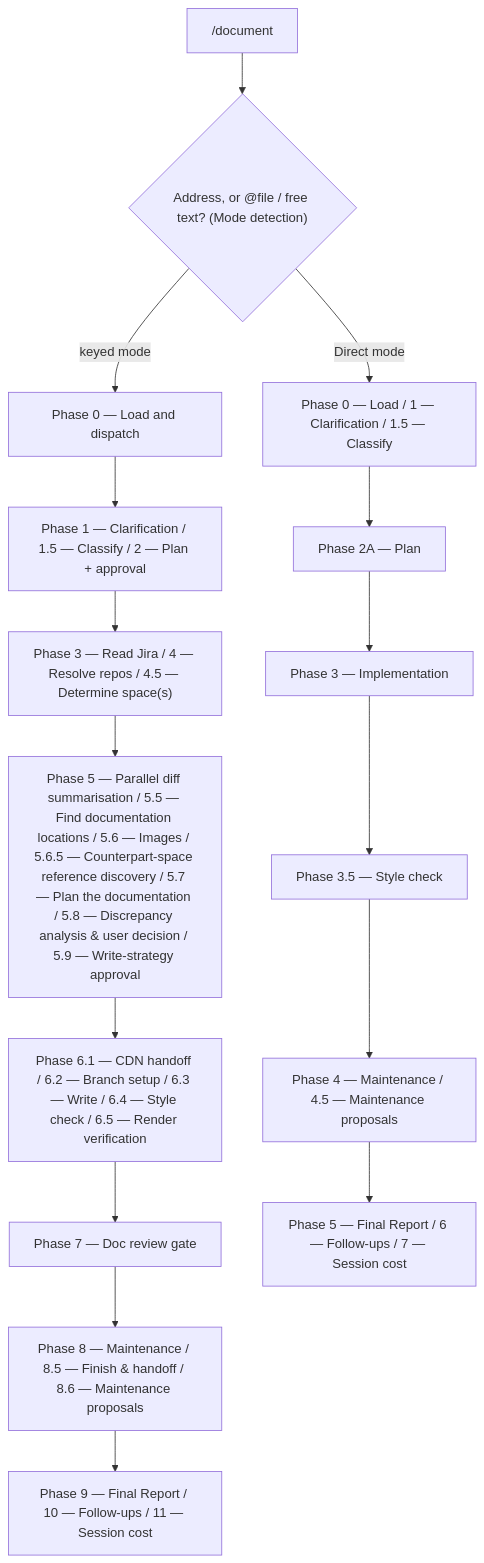
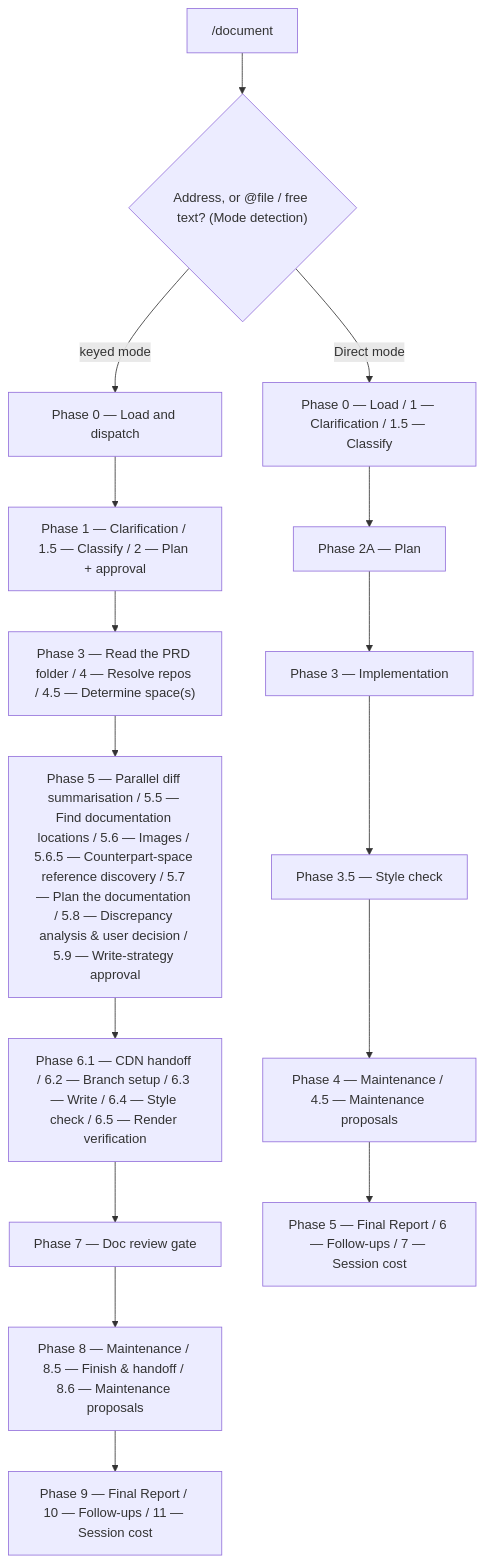
One commit to ihudak/ihudak-claude-plugins changed the diagram in plugins/dev-workflows/docs/commands/document.md. Above: the diagram before and after it, drawn with Mermaid. The commit also changed other lines of this file and 82 other files, not shown here.

````diff
--- a/plugins/dev-workflows/docs/commands/document.md
+++ b/plugins/dev-workflows/docs/commands/document.md
@@ -29,18 +29,18 @@
 ```mermaid
 flowchart TD
     IN["/document"] --> MD{"Address, or @file / free text? (Mode detection)"}
     MD -- "keyed mode" --> A0["Phase 0 — Load and dispatch"]
     A0 --> A12["Phase 1 — Clarification / 1.5 — Classify / 2 — Plan + approval"]
-    A12 --> A345["Phase 3 — Read Jira / 4 — Resolve repos / 4.5 — Determine space(s)"]
+    A12 --> A345["Phase 3 — Read the PRD folder / 4 — Resolve repos / 4.5 — Determine space(s)"]
     A345 --> A59["Phase 5 — Parallel diff summarisation / 5.5 — Find documentation locations / 5.6 — Images / 5.6.5 — Counterpart-space reference discovery / 5.7 — Plan the documentation / 5.8 — Discrepancy analysis & user decision / 5.9 — Write-strategy approval"]
     A59 --> A665["Phase 6.1 — CDN handoff / 6.2 — Branch setup / 6.3 — Write / 6.4 — Style check / 6.5 — Render verification"]
     A665 --> A7["Phase 7 — Doc review gate"]
     A7 --> A886["Phase 8 — Maintenance / 8.5 — Finish & handoff / 8.6 — Maintenance proposals"]
     A886 --> A911["Phase 9 — Final Report / 10 — Follow-ups / 11 — Session cost"]
     MD -- "Direct mode" --> B01["Phase 0 — Load / 1 — Clarification / 1.5 — Classify"]
     B01 --> B2["Phase 2A — Plan"]
     B2 --> B3["Phase 3 — Implementation"]
     B3 --> B35["Phase 3.5 — Style check"]
     B35 --> B445["Phase 4 — Maintenance / 4.5 — Maintenance proposals"]
     B445 --> B57["Phase 5 — Final Report / 6 — Follow-ups / 7 — Session cost"]
 ```
````
